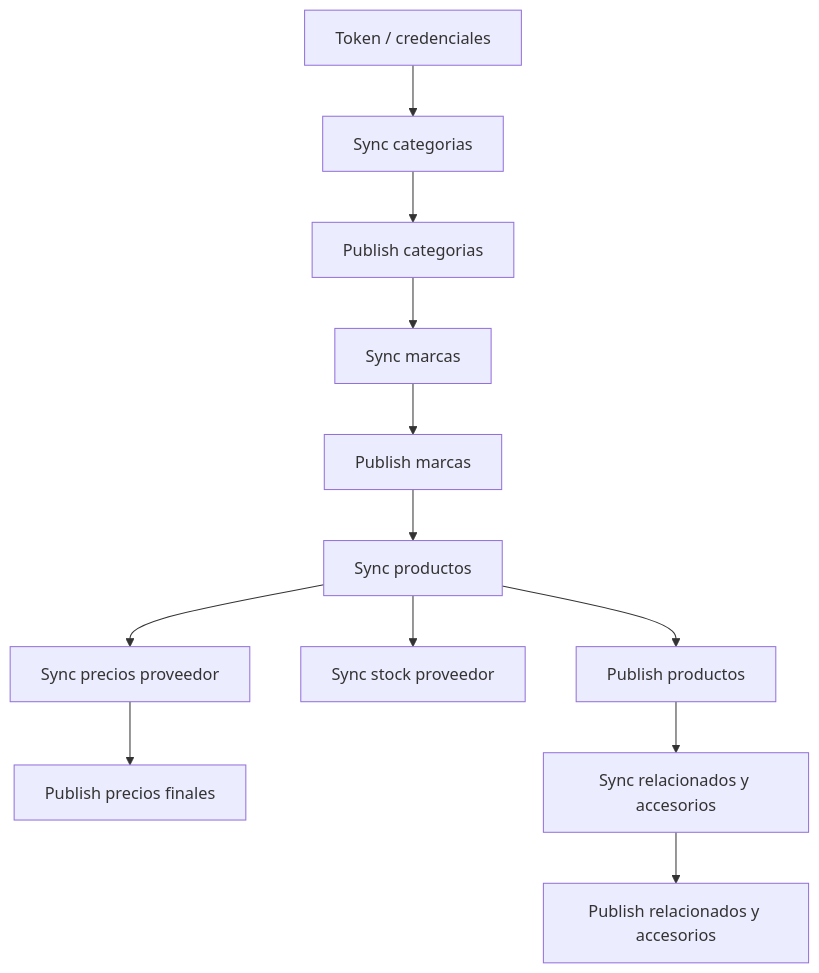
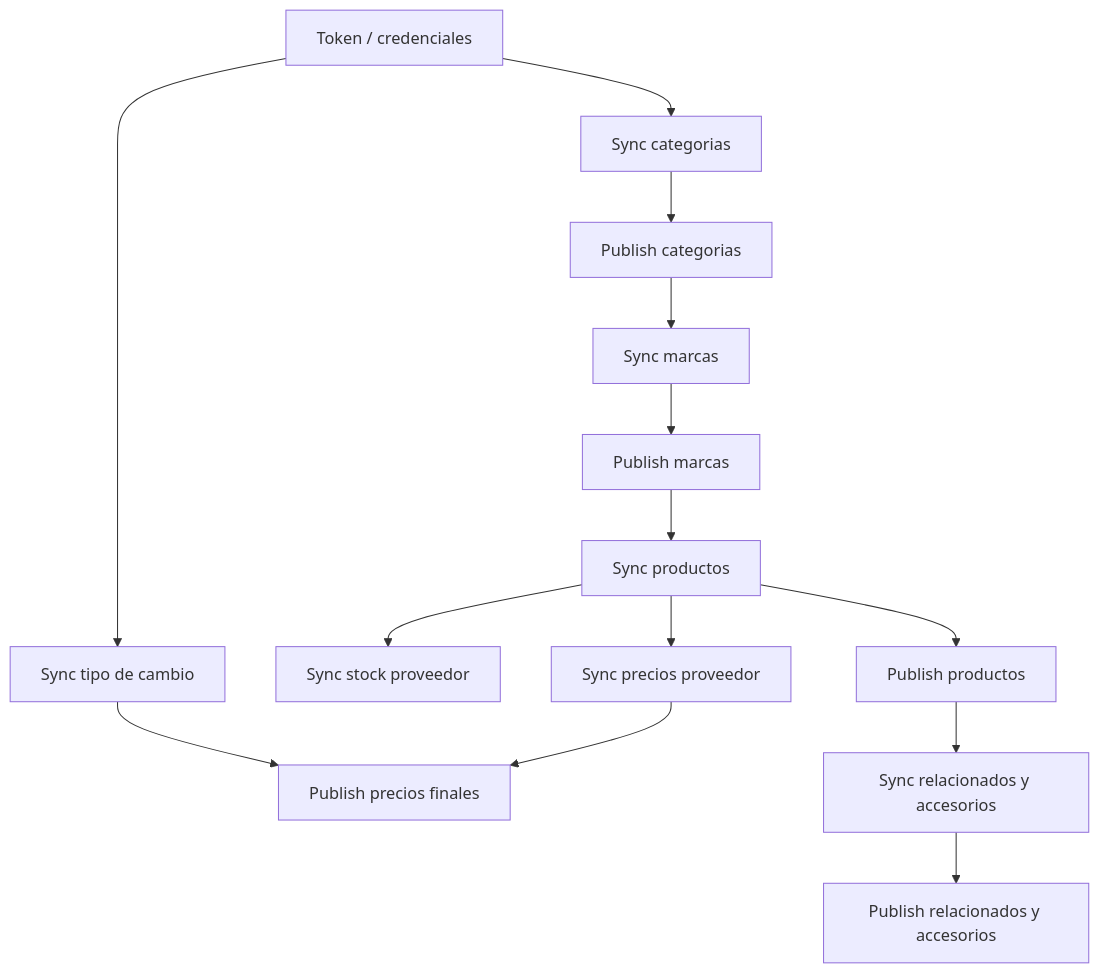
One commit to MexIngSoft/Docs changed the diagram in 04_integrations/syscom/etl/overview.md. Above: the diagram before and after it, drawn with Mermaid. The commit also changed other lines of this file and 15 other files, not shown here.

````diff
--- a/04_integrations/syscom/etl/overview.md
+++ b/04_integrations/syscom/etl/overview.md
@@ -11,14 +11,16 @@
 ```mermaid
 flowchart TD
     T[Token / credenciales] --> C[Sync categorias]
     C --> PC[Publish categorias]
     PC --> B[Sync marcas]
     B --> PB[Publish marcas]
     PB --> P[Sync productos]
     P --> PP[Publish productos]
     P --> S[Sync stock proveedor]
     P --> PR[Sync precios proveedor]
+    T --> FX[Sync tipo de cambio]
+    FX --> PPR[Publish precios finales]
     PR --> PPR[Publish precios finales]
     PP --> R[Sync relacionados y accesorios]
     R --> RP[Publish relacionados y accesorios]
 ```
````
